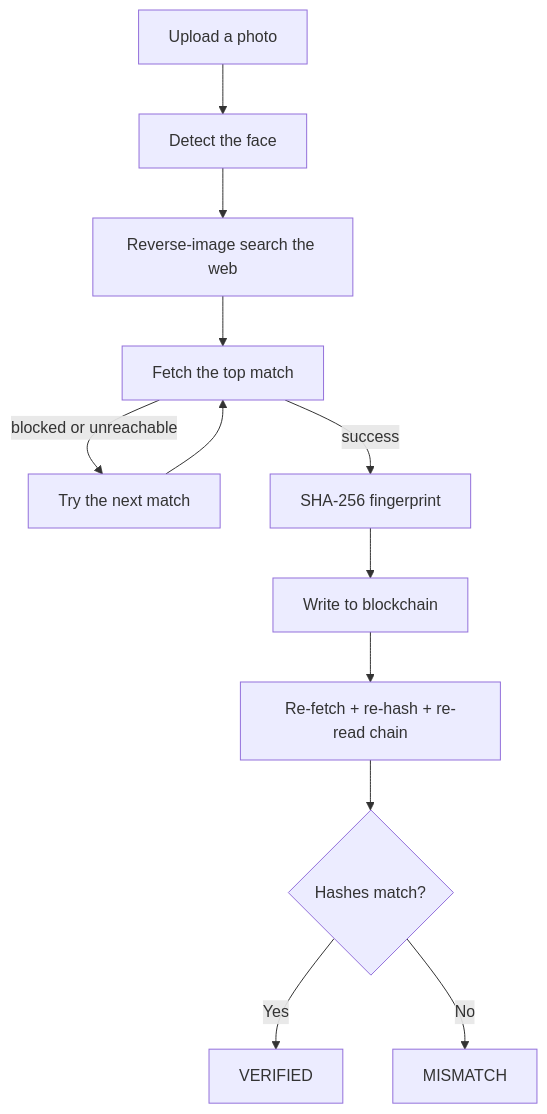
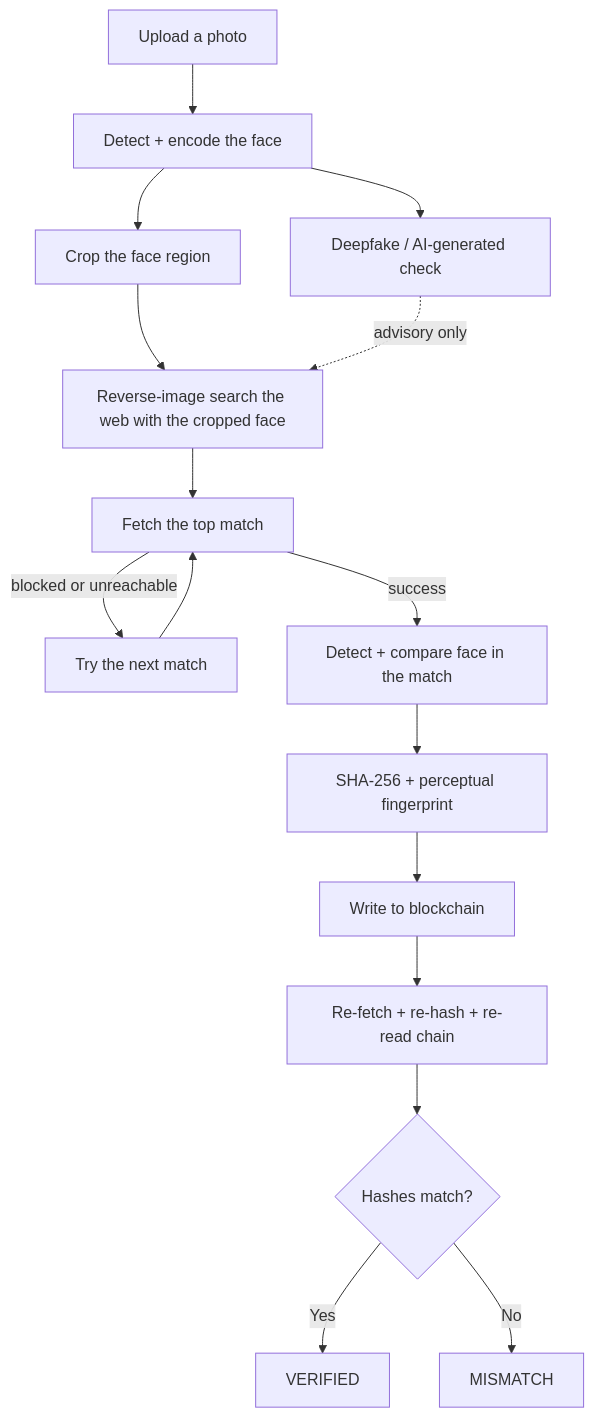
Before and after one commit to aryanosh/was-this-you: the diagram in README.md, drawn with Mermaid. The commit also changed other lines of this file and 16 other files, not shown here.

Commit message:
Add face verification and deepfake detection updates

````diff
--- a/README.md
+++ b/README.md
@@ -11,14 +15,18 @@
 ```mermaid
 flowchart TD
-    A[Upload a photo] --> B[Detect the face]
-    B --> C[Reverse-image search the web]
+    A[Upload a photo] --> B[Detect + encode the face]
+    B --> B2[Crop the face region]
+    B --> C1[Deepfake / AI-generated check]
+    B2 --> C[Reverse-image search the web with the cropped face]
+    C1 -. advisory only .-> C
     C --> D[Fetch the top match]
     D -- blocked or unreachable --> D2[Try the next match]
     D2 --> D
-    D -- success --> E[SHA-256 fingerprint]
+    D -- success --> D3[Detect + compare face in the match]
+    D3 --> E[SHA-256 + perceptual fingerprint]
     E --> F[Write to blockchain]
     F --> G[Re-fetch + re-hash + re-read chain]
     G --> H{Hashes match?}
     H -- Yes --> I[VERIFIED]
     H -- No --> J[MISMATCH]
 ```
````
